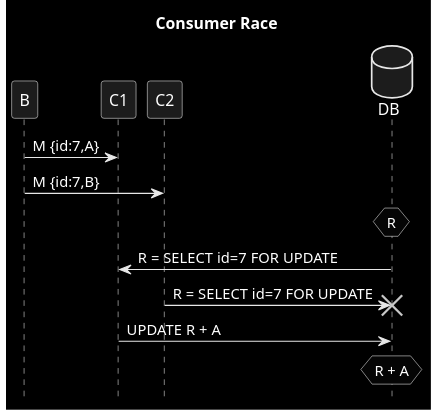
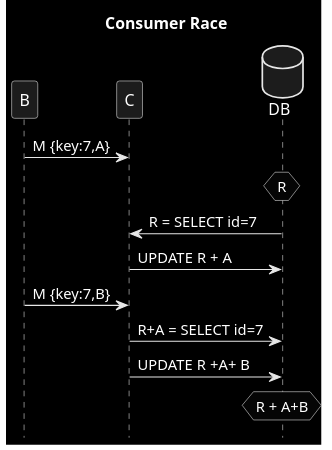
One commit to victorrentea/kafka changed the diagram in patterns/3_race_c_c.puml. Above: the diagram before and after it, drawn with PlantUML.

Commit message:
choose a key that prevents races

```diff
--- a/patterns/3_race_c_c.puml
+++ b/patterns/3_race_c_c.puml
@@ -1,14 +1,15 @@
 @startuml
 title Consumer Race
 hide footbox
 skinparam monochrome reverse
 database DB order 9
 
-B->C1: M {id:7,A}
-B->C2: M {id:7,B}
+B->C: M {key:7,A}
 hnote over DB: R
-C1<-DB: R = SELECT id=7 FOR UPDATE
-C2->DB!!: R = SELECT id=7 FOR UPDATE
-C1->DB: UPDATE R + A
-hnote over DB: R + A
+C<-DB: R = SELECT id=7
+C->DB: UPDATE R + A
+B->C: M {key:7,B}
+C->DB: R+A = SELECT id=7
+C->DB: UPDATE R +A+ B
+hnote over DB: R + A+B
 @enduml
```
